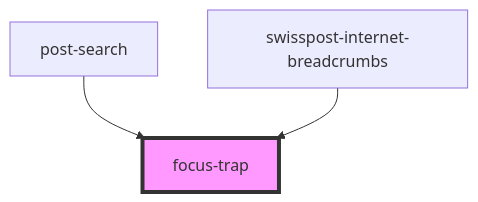
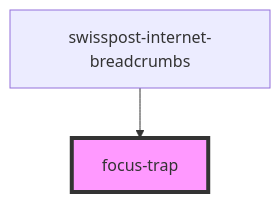
One commit to swisspost/design-system changed the diagram in packages/internet-header/src/components/shared/readme.md. Above: the diagram before and after it, drawn with Mermaid. The commit also changed other lines of this file and 29 other files, not shown here.

````diff
--- a/packages/internet-header/src/components/shared/readme.md
+++ b/packages/internet-header/src/components/shared/readme.md
@@ -25,6 +24,5 @@
 ```mermaid
 graph TD;
-  post-search --> focus-trap
   swisspost-internet-breadcrumbs --> focus-trap
   style focus-trap fill:#f9f,stroke:#333,stroke-width:4px
 ```
````
